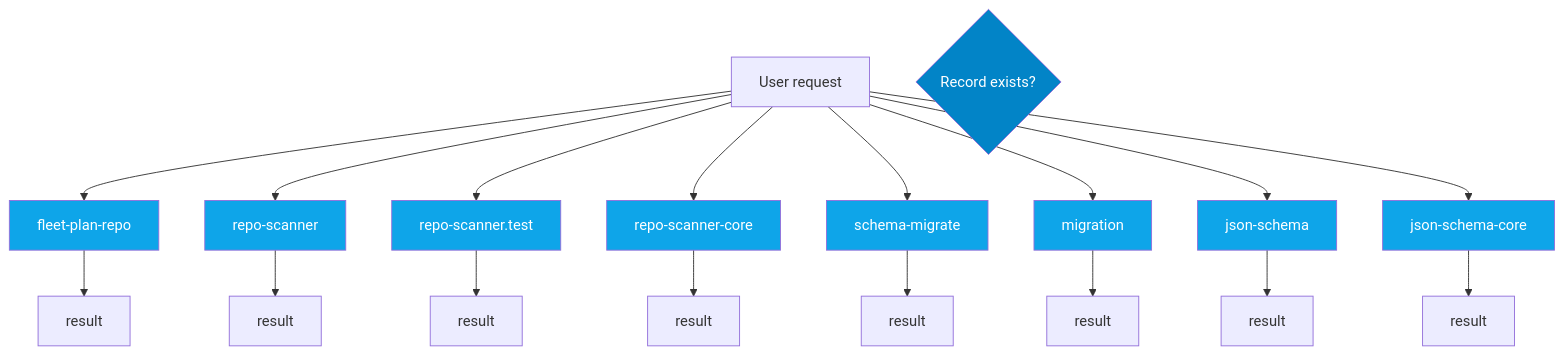
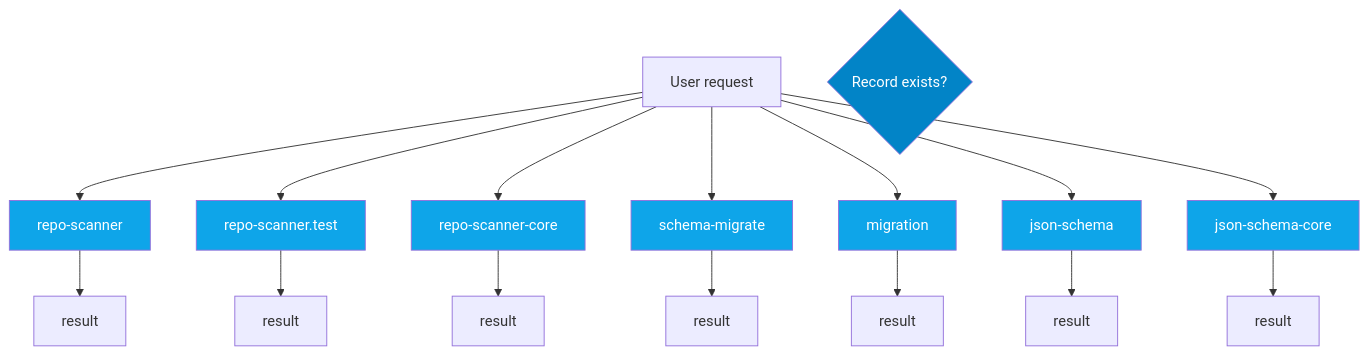
The sixth of 14 diagrams in AI/context/diagram-context.md (jscraik/coding-harness), drawn with Mermaid before and after one commit. The commit also changed other lines of this file, not shown here.

First line of the commit message:
docs(architecture): refresh route decision context

````diff
--- a/AI/context/diagram-context.md
+++ b/AI/context/diagram-context.md
@@ -424,34 +424,31 @@
 ```mermaid
 flowchart TD
   UserRequest["User request"]
   Decision{Record exists?}
-  fleet_plan_repo_ecdc6499["fleet-plan-repo"]
-  UserRequest --> fleet_plan_repo_ecdc6499
-  fleet_plan_repo_ecdc6499 --> fleet_plan_repo_ecdc6499_result["result"]
   repo_scanner_a8b2579e["repo-scanner"]
   UserRequest --> repo_scanner_a8b2579e
   repo_scanner_a8b2579e --> repo_scanner_a8b2579e_result["result"]
   repo_scanner_test_cb7e9d00["repo-scanner.test"]
   UserRequest --> repo_scanner_test_cb7e9d00
   repo_scanner_test_cb7e9d00 --> repo_scanner_test_cb7e9d00_result["result"]
   repo_scanner_core_8e9f7646["repo-scanner-core"]
   UserRequest --> repo_scanner_core_8e9f7646
   repo_scanner_core_8e9f7646 --> repo_scanner_core_8e9f7646_result["result"]
   schema_migrate_c0646635["schema-migrate"]
   UserRequest --> schema_migrate_c0646635
   schema_migrate_c0646635 --> schema_migrate_c0646635_result["result"]
   migration_8a6cead4["migration"]
   UserRequest --> migration_8a6cead4
   migration_8a6cead4 --> migration_8a6cead4_result["result"]
   json_schema_74a768d7["json-schema"]
   UserRequest --> json_schema_74a768d7
   json_schema_74a768d7 --> json_schema_74a768d7_result["result"]
   json_schema_core_96d7e328["json-schema-core"]
   UserRequest --> json_schema_core_96d7e328
   json_schema_core_96d7e328 --> json_schema_core_96d7e328_result["result"]
   classDef dbNode fill:#0ea5e9,color:#fff
-  class fleet_plan_repo_ecdc6499,repo_scanner_a8b2579e,repo_scanner_test_cb7e9d00,repo_scanner_core_8e9f7646,schema_migrate_c0646635,migration_8a6cead4,json_schema_74a768d7,json_schema_core_96d7e328 dbNode
+  class repo_scanner_a8b2579e,repo_scanner_test_cb7e9d00,repo_scanner_core_8e9f7646,schema_migrate_c0646635,migration_8a6cead4,json_schema_74a768d7,json_schema_core_96d7e328 dbNode
   classDef decisionNode fill:#0284c7,color:#fff
   class Decision decisionNode
 
 ```
````
